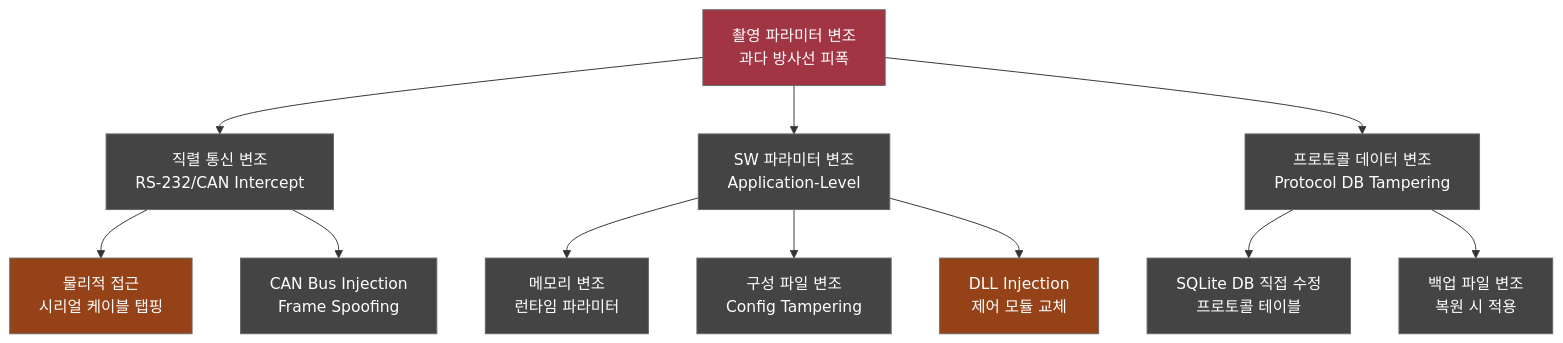
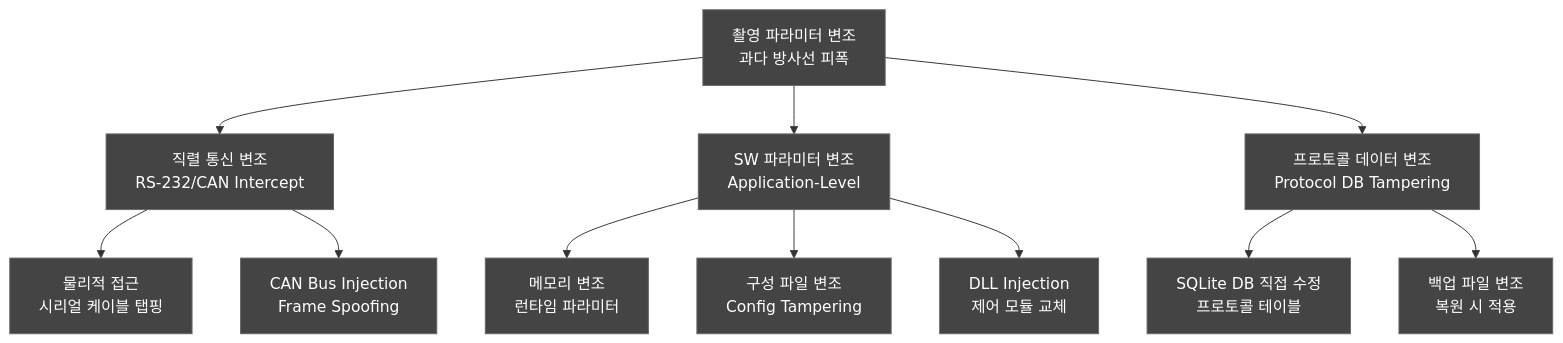
One commit to holee9/console-gui changed the fifth of 7 diagrams in docs/risk/DOC-017_ThreatModel_v1.0.md. Above: the diagram before and after it, drawn with Mermaid. The commit also changed other lines of this file and 35 other files, not shown here.

First line of the commit message:
fix: 전체 Mermaid 차트 색상 진한 회색 통일

````diff
--- a/docs/risk/DOC-017_ThreatModel_v1.0.md
+++ b/docs/risk/DOC-017_ThreatModel_v1.0.md
@@ -320,21 +320,21 @@
 ```mermaid
 graph TD
     ROOT2[촬영 파라미터 변조<br/>과다 방사선 피폭] --> A1[직렬 통신 변조<br/>RS-232/CAN Intercept]
     ROOT2 --> A2[SW 파라미터 변조<br/>Application-Level]
     ROOT2 --> A3[프로토콜 데이터 변조<br/>Protocol DB Tampering]
     
     A1 --> B1[물리적 접근<br/>시리얼 케이블 탭핑]
     A1 --> B2[CAN Bus Injection<br/>Frame Spoofing]
     
     A2 --> C1[메모리 변조<br/>런타임 파라미터]
     A2 --> C2[구성 파일 변조<br/>Config Tampering]
     A2 --> C3[DLL Injection<br/>제어 모듈 교체]
     
     A3 --> D1[SQLite DB 직접 수정<br/>프로토콜 테이블]
     A3 --> D2[백업 파일 변조<br/>복원 시 적용]
     
     classDef default fill:#444,stroke:#666,color:#fff
-    style ROOT2 fill:#A13544,color:#fff
-    style B1 fill:#964219,color:#fff
-    style C3 fill:#964219,color:#fff
+    style ROOT2 fill:#444,color:#fff
+    style B1 fill:#444,color:#fff
+    style C3 fill:#444,color:#fff
 ```
````
